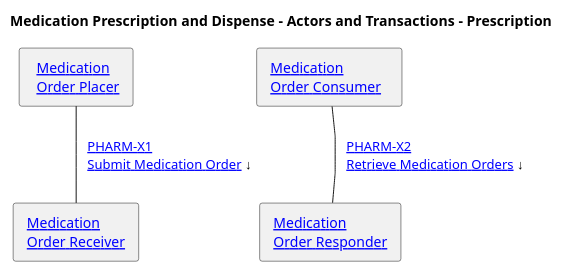
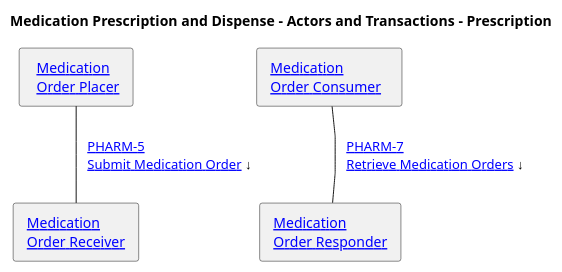
The diagram in input/images-source/actors-transactions-prescription.plantuml (IHE/pharm-mpd), drawn with PlantUML before and after one commit. The commit also changed 22 other files, not shown here.

```diff
--- a/input/images-source/actors-transactions-prescription.plantuml
+++ b/input/images-source/actors-transactions-prescription.plantuml
@@ -1,42 +1,38 @@
 @startuml
 '!include ./style.iuml
 skinparam linetype ortho
 skinparam linetype polyline
 
 title Medication Prescription and Dispense - Actors and Transactions - Prescription
 agent "  [[actors_and_transactions.html#order-placer Medication\nOrder Placer ]]" as orderplacer 
 agent " [[actors_and_transactions.html#order-receiver Medication\nOrder Receiver ]]" as orderreceiver 
 agent " [[actors_and_transactions.html#order-receiver Medication\nOrder Responder ]]" as orderresponder 
 agent " [[actors_and_transactions.html#OrderConsumer Medication\nOrder Consumer   ]]" as OrderConsumer 
 
 
 'agent "[[actors_and_transactions.html#dipensereceiver Dispense Receiver]]" as dispensereceiver
 'agent "[[actors_and_transactions.html#dipenseresponder Dispense Responder]]" as dispenseresponder 
 
 
-' \n\n   [[PHARM-X2.html PHARM-M2 Supply Response/status]] ↑
 
-orderplacer -d- orderreceiver : "   [[PHARM-X1.html PHARM-X1\nSubmit Medication Order]] ↓       "
+orderplacer -d- orderreceiver : "   [[pharm-5.html PHARM-5\nSubmit Medication Order]] ↓       "
 orderreceiver -[hidden]r- orderresponder : "\t\t\t "
 
 'orderresponder -d[hidden]- dispensereceiver
 'orderresponder -r[hidden]- dispensereceiver
 orderresponder -[hidden]r- OrderConsumer
 
 orderplacer -[hidden]r- OrderConsumer : "\t\t\t  "
 
 'dispensereceiver -l[hidden]- dispenseresponder : "   "
 
 
-orderresponder -u- OrderConsumer: "   [[PHARM-X1.html PHARM-X2\nRetrieve Medication Orders]] ↓          "
-'OrderConsumer -d- dispensereceiver: "   [[PHARM-X3.html PHARM-X3\nDispense]]↓  "
+orderresponder -u- OrderConsumer: "   [[pharm-7.html PHARM-7\nRetrieve Medication Orders]] ↓          "
 
 ' → ↑ ← ↓
 
-'orderresponder -r- dispensereceiver:  "   [[PHARM-X2.html PHARM-X2 Dispense]]  ←   "
 ' dispensereceiver -r- dispenseresponder : ""
 
-'OrderConsumer -d- OrderConsumer : "   [[PHARM-M2.html PHARM-M2 Fetch Orders]] ←  "
-'dispenser -[hidden]r- invreporter : "\t\t\t\t\t "
-'invreporter -d- invmanager : "   [[PHARM-M5.html PHARM-M5 Inventory Status]] ↑                  \n\n   [[PHARM-M6.html PHARM-M6 Inventory Update]] ↓                 \n\n[[PHARM-M7.html PHARM-M7 Inventory Query]] ↓\t\t  "
+
+
 @enduml
```
